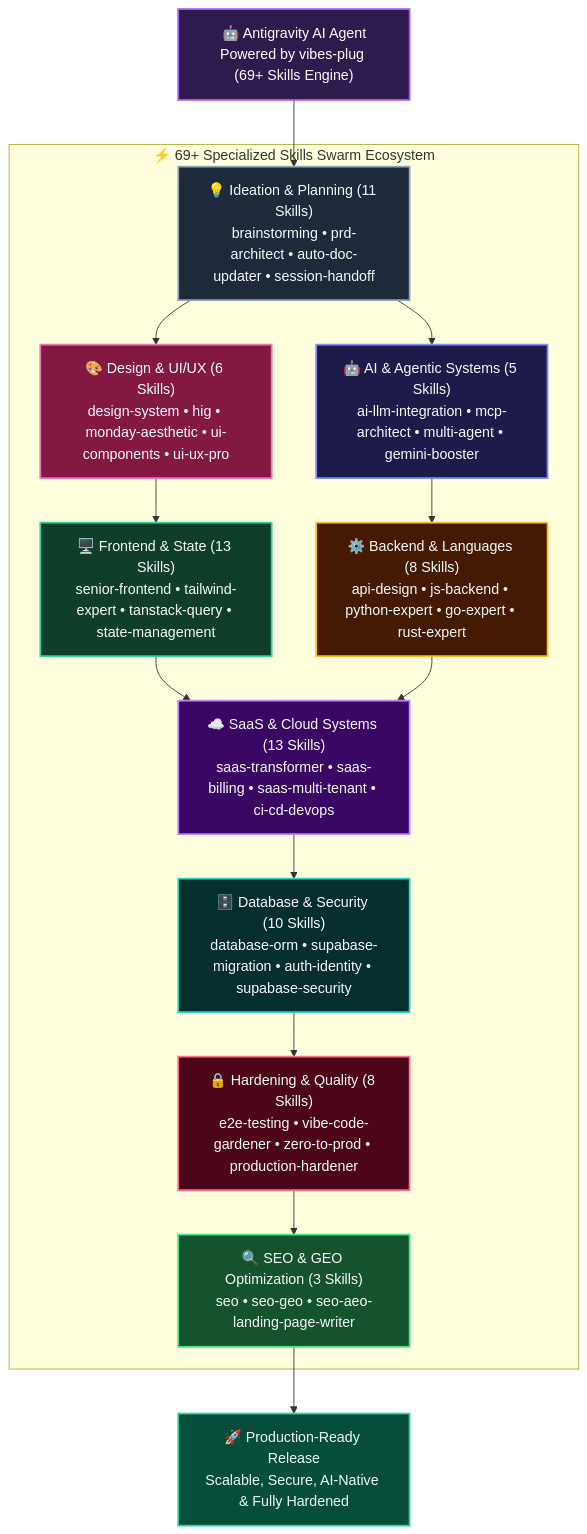
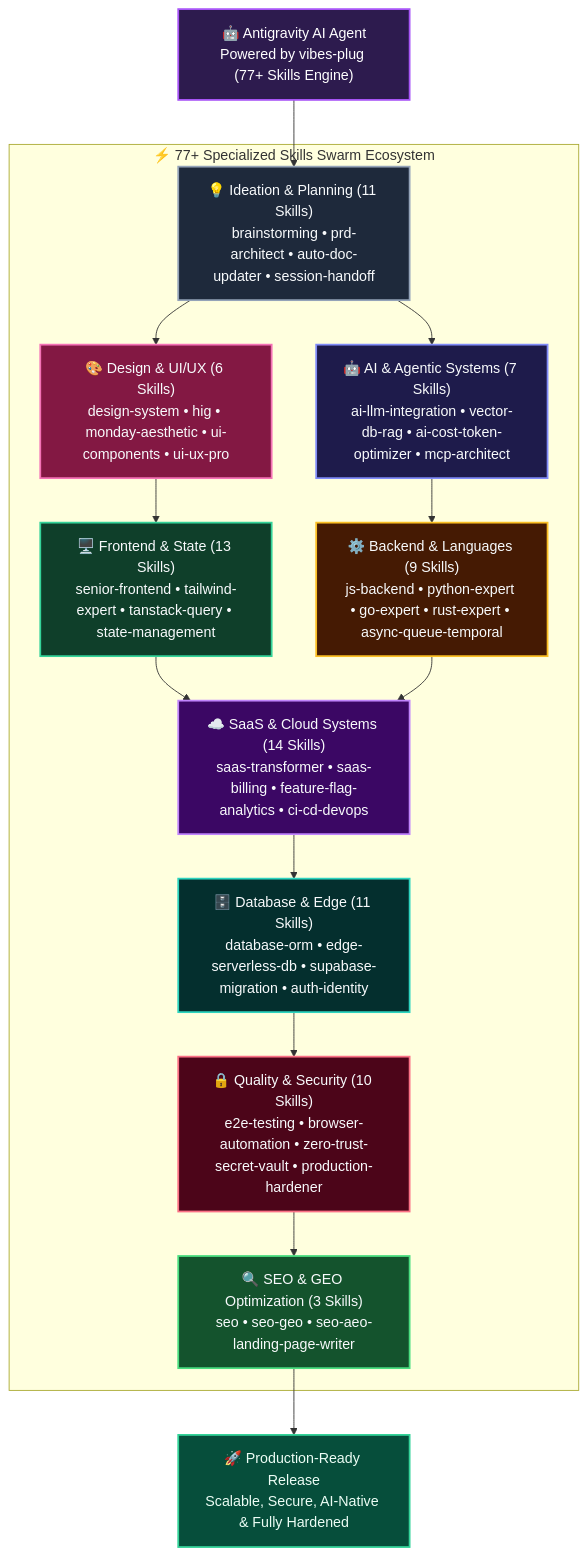
The diagram in README.md (roedyrustam/vibes-plug), drawn with Mermaid before and after one commit. The commit also changed other lines of this file, not shown here.

Commit message:
Update README for version 2.2.0 and skills count

````diff
--- a/README.md
+++ b/README.md
@@ -14,54 +14,54 @@
 ```mermaid
 graph TD
-    AGY["🤖 Antigravity AI Agent<br/>Powered by vibes-plug (69+ Skills Engine)"]
+    AGY["🤖 Antigravity AI Agent<br/>Powered by vibes-plug (77+ Skills Engine)"]
 
-    subgraph SWARM["⚡ 69+ Specialized Skills Swarm Ecosystem"]
+    subgraph SWARM["⚡ 77+ Specialized Skills Swarm Ecosystem"]
         D9["💡 Ideation & Planning (11 Skills)<br/>brainstorming • prd-architect • auto-doc-updater • session-handoff"]
-        D1["🤖 AI & Agentic Systems (5 Skills)<br/>ai-llm-integration • mcp-architect • multi-agent • gemini-booster"]
+        D1["🤖 AI & Agentic Systems (7 Skills)<br/>ai-llm-integration • vector-db-rag • ai-cost-token-optimizer • mcp-architect"]
         D2["🎨 Design & UI/UX (6 Skills)<br/>design-system • hig • monday-aesthetic • ui-components • ui-ux-pro"]
         D3["🖥️ Frontend & State (13 Skills)<br/>senior-frontend • tailwind-expert • tanstack-query • state-management"]
-        D4["⚙️ Backend & Languages (8 Skills)<br/>api-design • js-backend • python-expert • go-expert • rust-expert"]
-        D5["☁️ SaaS & Cloud Systems (13 Skills)<br/>saas-transformer • saas-billing • saas-multi-tenant • ci-cd-devops"]
-        D6["🗄️ Database & Security (10 Skills)<br/>database-orm • supabase-migration • auth-identity • supabase-security"]
-        D7["🔒 Hardening & Quality (8 Skills)<br/>e2e-testing • vibe-code-gardener • zero-to-prod • production-hardener"]
+        D4["⚙️ Backend & Languages (9 Skills)<br/>js-backend • python-expert • go-expert • rust-expert • async-queue-temporal"]
+        D5["☁️ SaaS & Cloud Systems (14 Skills)<br/>saas-transformer • saas-billing • feature-flag-analytics • ci-cd-devops"]
+        D6["🗄️ Database & Edge (11 Skills)<br/>database-orm • edge-serverless-db • supabase-migration • auth-identity"]
+        D7["🔒 Quality & Security (10 Skills)<br/>e2e-testing • browser-automation • zero-trust-secret-vault • production-hardener"]
         D8["🔍 SEO & GEO Optimization (3 Skills)<br/>seo • seo-geo • seo-aeo-landing-page-writer"]
     end
 
     PROD["🚀 Production-Ready Release<br/>Scalable, Secure, AI-Native & Fully Hardened"]
 
     AGY --> D9
     D9 --> D1
     D9 --> D2
     D1 --> D4
     D2 --> D3
     D3 --> D5
     D4 --> D5
     D5 --> D6
     D6 --> D7
     D7 --> D8
     D8 --> PROD
 
     classDef hero fill:#2d1b4e,stroke:#a855f7,stroke-width:2px,color:#fff;
     classDef ai fill:#1e1b4b,stroke:#818cf8,stroke-width:2px,color:#f8fafc;
     classDef ui fill:#831843,stroke:#f472b6,stroke-width:2px,color:#f8fafc;
     classDef front fill:#0f3f2a,stroke:#34d399,stroke-width:2px,color:#f8fafc;
     classDef back fill:#451a03,stroke:#fbbf24,stroke-width:2px,color:#f8fafc;
     classDef saas fill:#3b0764,stroke:#c084fc,stroke-width:2px,color:#f8fafc;
     classDef db fill:#042f2e,stroke:#2dd4bf,stroke-width:2px,color:#f8fafc;
     classDef sec fill:#4c0519,stroke:#fb7185,stroke-width:2px,color:#f8fafc;
     classDef seo fill:#14532d,stroke:#4ade80,stroke-width:2px,color:#f8fafc;
     classDef util fill:#1e293b,stroke:#94a3b8,stroke-width:2px,color:#f8fafc;
     classDef target fill:#064e3b,stroke:#34d399,stroke-width:2px,color:#ecfdf5;
 
     class AGY hero;
     class D9 util;
     class D1 ai;
     class D2 ui;
     class D3 front;
     class D4 back;
     class D5 saas;
     class D6 db;
     class D7 sec;
     class D8 seo;
     class PROD target;
 ```
````
